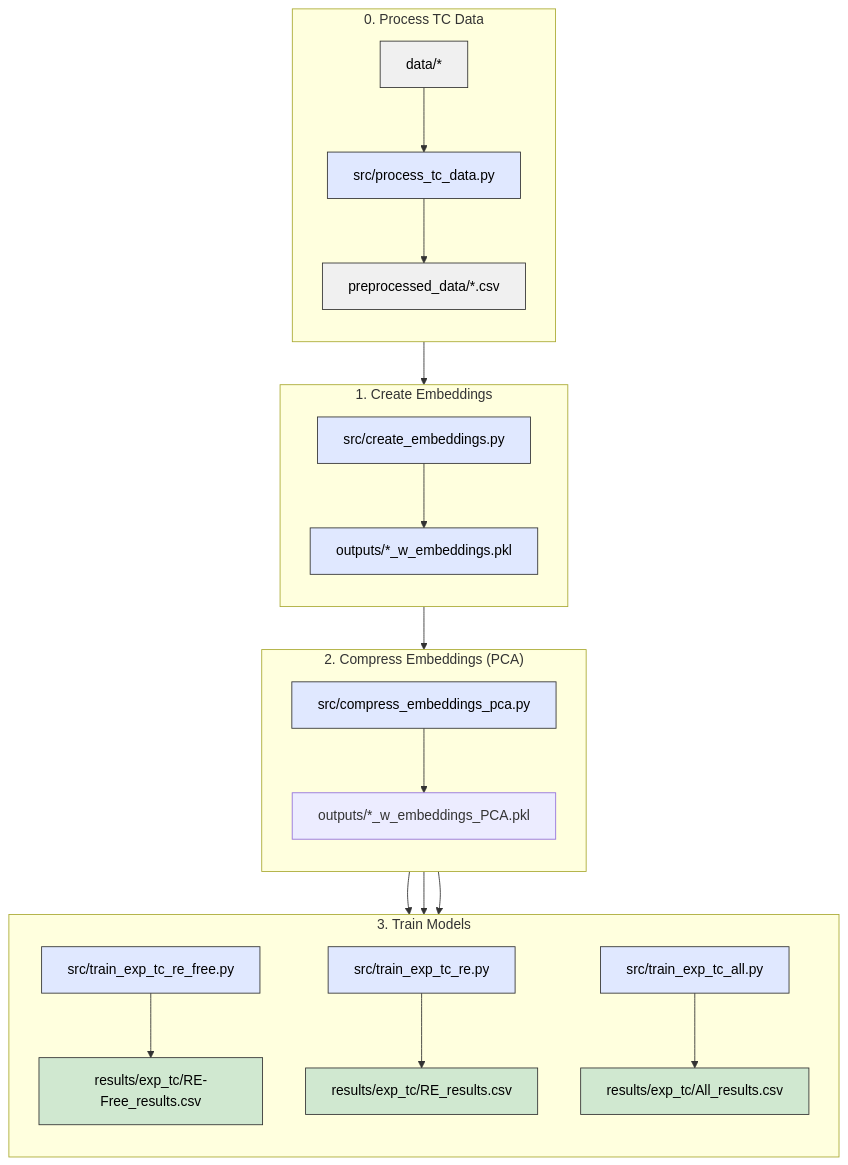
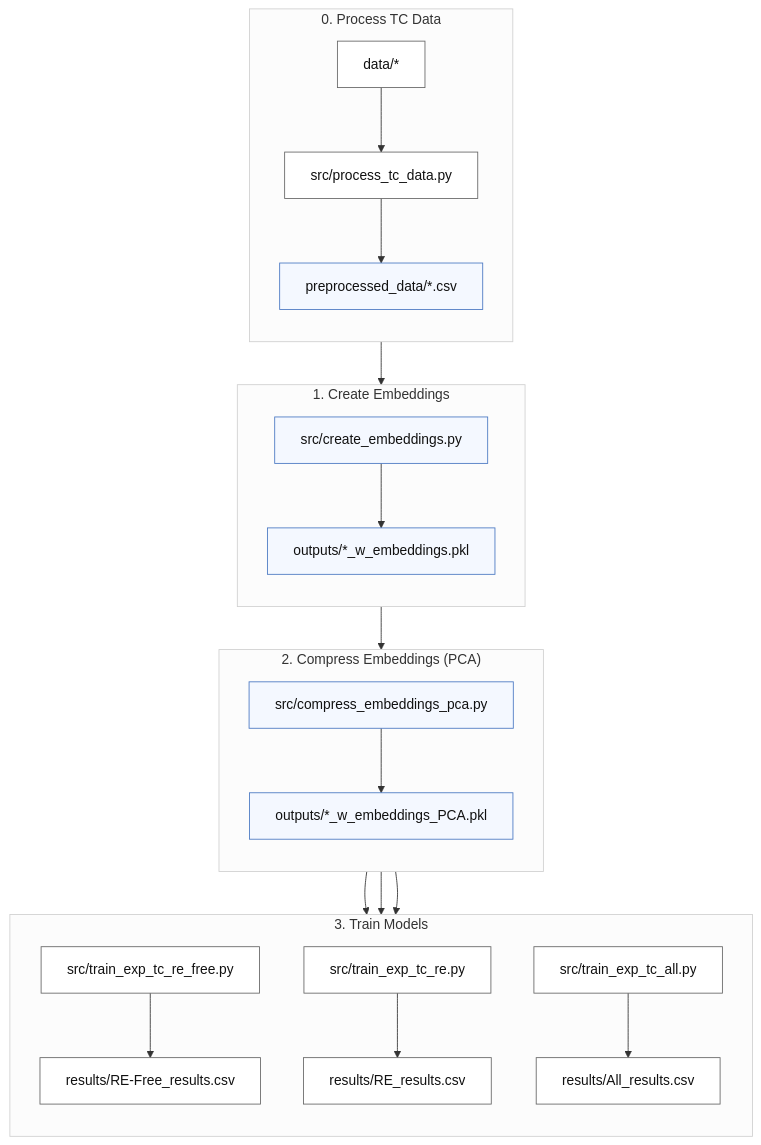
The diagram in compound-to-tc/compound-to-experimental-tc/README.md (MaMMoS-project/ML-models), drawn with Mermaid before and after one commit.

Commit message:
update flow chart

````diff
--- a/compound-to-tc/compound-to-experimental-tc/README.md
+++ b/compound-to-tc/compound-to-experimental-tc/README.md
@@ -9,47 +9,55 @@
 ```mermaid
 graph TD
 
     %% === Cluster 0: Process TC Data ===
     subgraph cluster_0["0. Process TC Data"]
         direction TB
         A0[data/*] --> B0[src/process_tc_data.py]
         B0 --> A[preprocessed_data/*.csv]
     end
 
     %% === Cluster 1: Create Embeddings ===
     subgraph cluster_1["1. Create Embeddings"]
         direction TB
         A --> B[src/create_embeddings.py]
         B --> C[outputs/*_w_embeddings.pkl]
     end
 
     %% === Cluster 2: Compress Embeddings (PCA) ===
     subgraph cluster_2["2. Compress Embeddings (PCA)"]
         direction TB
         C --> D[src/compress_embeddings_pca.py]
         D --> E[outputs/*_w_embeddings_PCA.pkl]
     end
 
     %% === Cluster 3: Train Models ===
     subgraph cluster_3["3. Train Models"]
         direction TB
         E --> F1[src/train_exp_tc_re_free.py]
         E --> F2[src/train_exp_tc_re.py]
         E --> F3[src/train_exp_tc_all.py]
 
-        F1 --> G1[results/exp_tc/RE-Free_results.csv]
-        F2 --> G2[results/exp_tc/RE_results.csv]
-        F3 --> G3[results/exp_tc/All_results.csv]
+        F1 --> G1[results/RE-Free_results.csv]
+        F2 --> G2[results/RE_results.csv]
+        F3 --> G3[results/All_results.csv]
     end
 
-    %% === Styling ===
-    classDef input fill:#f0f0f0,stroke:#333,stroke-width:1px,color:#000;
-    classDef process fill:#e0e8ff,stroke:#333,stroke-width:1px,color:#000;
-    classDef output fill:#d0e8d0,stroke:#333,stroke-width:1px,color:#000;
+    %% === Subtle styling ===
 
-    class A0,A input
-    class B0,B,C,D,F1,F2,F3 process
-    class G1,G2,G3 output
+    %% Default nodes: clean white with soft border
+    classDef node fill:#ffffff,stroke:#666,stroke-width:1px,color:#111;
 
-    class cluster_0,cluster_1,cluster_2,cluster_3 fill:#ffffff,stroke:#ccc,stroke-width:1px;
+    %% Only highlight pipeline flow (very soft blue)
+    classDef flow fill:#f4f8ff,stroke:#4a78c2,stroke-width:1px,color:#111;
+
+    %% Apply styles
+    class A0,A,B0,C,D,E,F1,F2,F3,G1,G2,G3 node;
+
+    class A,B,C,D,E flow;
+
+    %% Light neutral cluster boxes
+    style cluster_0 fill:#fcfcfc,stroke:#d0d0d0,stroke-width:1px
+    style cluster_1 fill:#fcfcfc,stroke:#d0d0d0,stroke-width:1px
+    style cluster_2 fill:#fcfcfc,stroke:#d0d0d0,stroke-width:1px
+    style cluster_3 fill:#fcfcfc,stroke:#d0d0d0,stroke-width:1px
 ```
````
